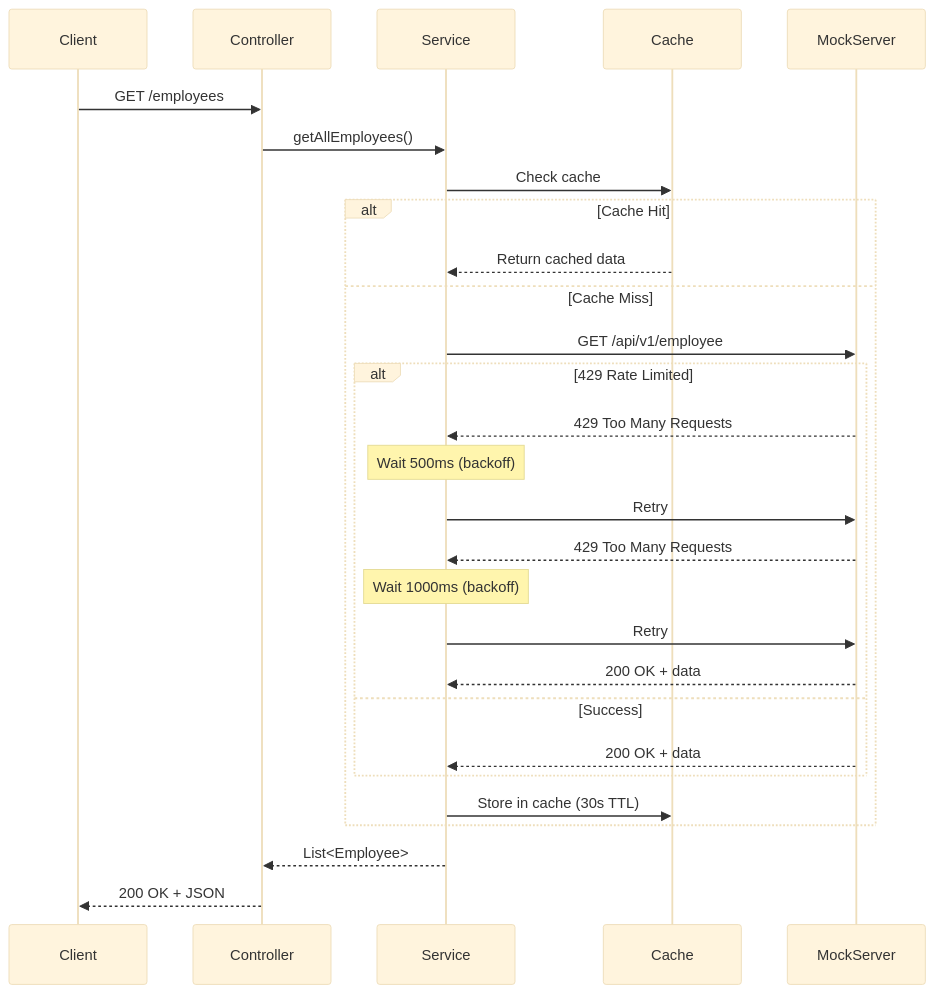
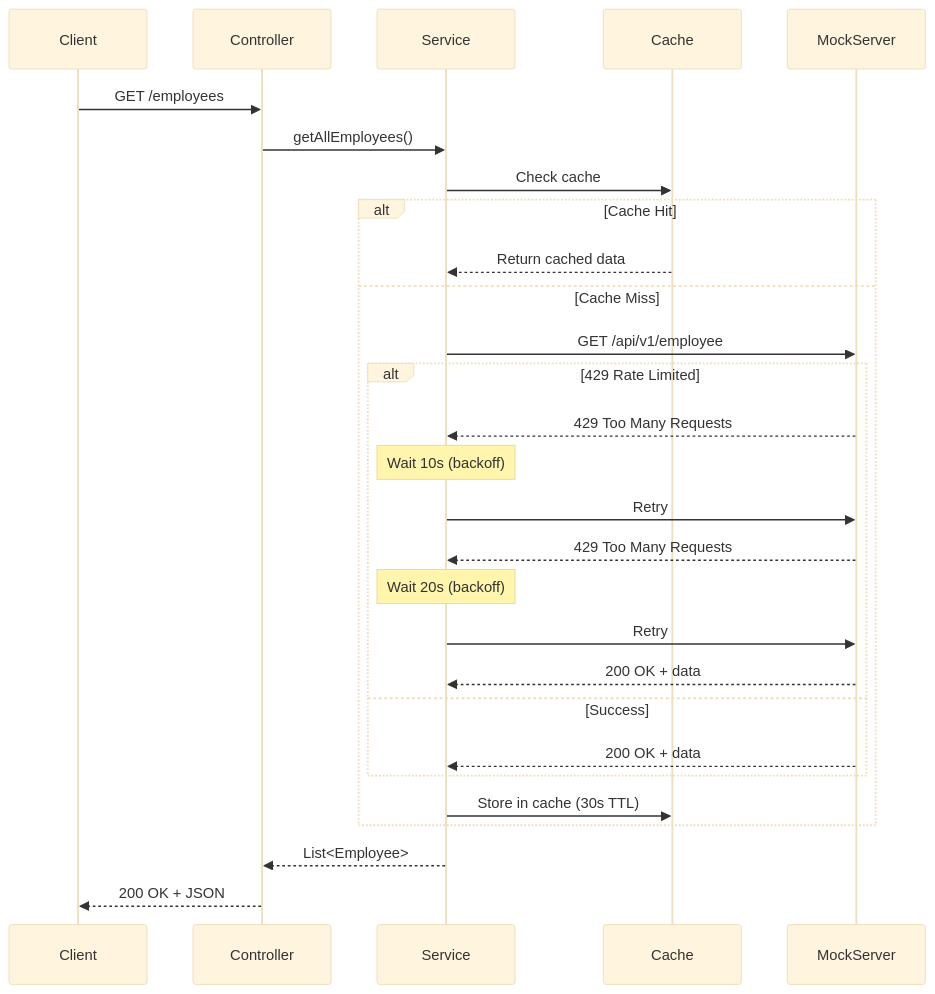
One commit to bjcoombs/java-employee-challenge changed the second of 2 diagrams in README.md. Above: the diagram before and after it, drawn with Mermaid (base theme). The commit also changed other lines of this file and 3 other files, not shown here.

````diff
--- a/README.md
+++ b/README.md
@@ -118,35 +122,35 @@
 ```mermaid
 sequenceDiagram
     participant Client
     participant Controller
     participant Service
     participant Cache
     participant MockServer
 
     Client->>Controller: GET /employees
     Controller->>Service: getAllEmployees()
     Service->>Cache: Check cache
 
     alt Cache Hit
         Cache-->>Service: Return cached data
     else Cache Miss
         Service->>MockServer: GET /api/v1/employee
 
         alt 429 Rate Limited
             MockServer-->>Service: 429 Too Many Requests
-            Note over Service: Wait 500ms (backoff)
+            Note over Service: Wait 10s (backoff)
             Service->>MockServer: Retry #1
             MockServer-->>Service: 429 Too Many Requests
-            Note over Service: Wait 1000ms (backoff)
+            Note over Service: Wait 20s (backoff)
             Service->>MockServer: Retry #2
             MockServer-->>Service: 200 OK + data
         else Success
             MockServer-->>Service: 200 OK + data
         end
 
         Service->>Cache: Store in cache (30s TTL)
     end
 
     Service-->>Controller: List<Employee>
     Controller-->>Client: 200 OK + JSON
 ```
````
